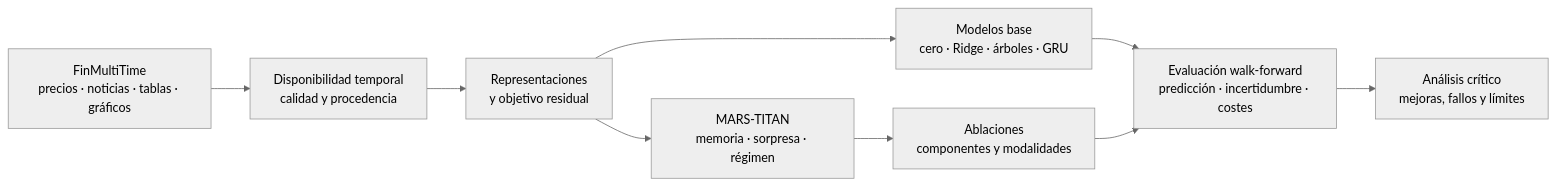
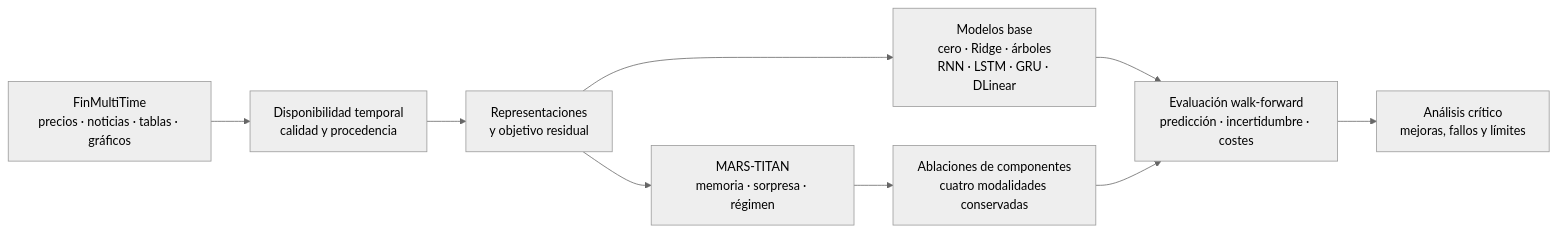
One commit to GonxKZ/mars-titan changed the diagram in README.md. Above: the diagram before and after it, drawn with Mermaid (neutral theme). The commit also changed other lines of this file and 797 other files, not shown here.

````diff
--- a/README.md
+++ b/README.md
@@ -33,11 +83,11 @@
 ```mermaid
 flowchart LR
     D[FinMultiTime<br/>precios · noticias · tablas · gráficos] --> P[Disponibilidad temporal<br/>calidad y procedencia]
     P --> X[Representaciones<br/>y objetivo residual]
-    X --> B[Modelos base<br/>cero · Ridge · árboles · GRU]
+    X --> B[Modelos base<br/>cero · Ridge · árboles<br/>RNN · LSTM · GRU · DLinear]
     X --> M[MARS-TITAN<br/>memoria · sorpresa · régimen]
-    M --> A[Ablaciones<br/>componentes y modalidades]
+    M --> A[Ablaciones de componentes<br/>cuatro modalidades conservadas]
     B --> E[Evaluación walk-forward<br/>predicción · incertidumbre · costes]
     A --> E
     E --> C[Análisis crítico<br/>mejoras, fallos y límites]
 ```
````
